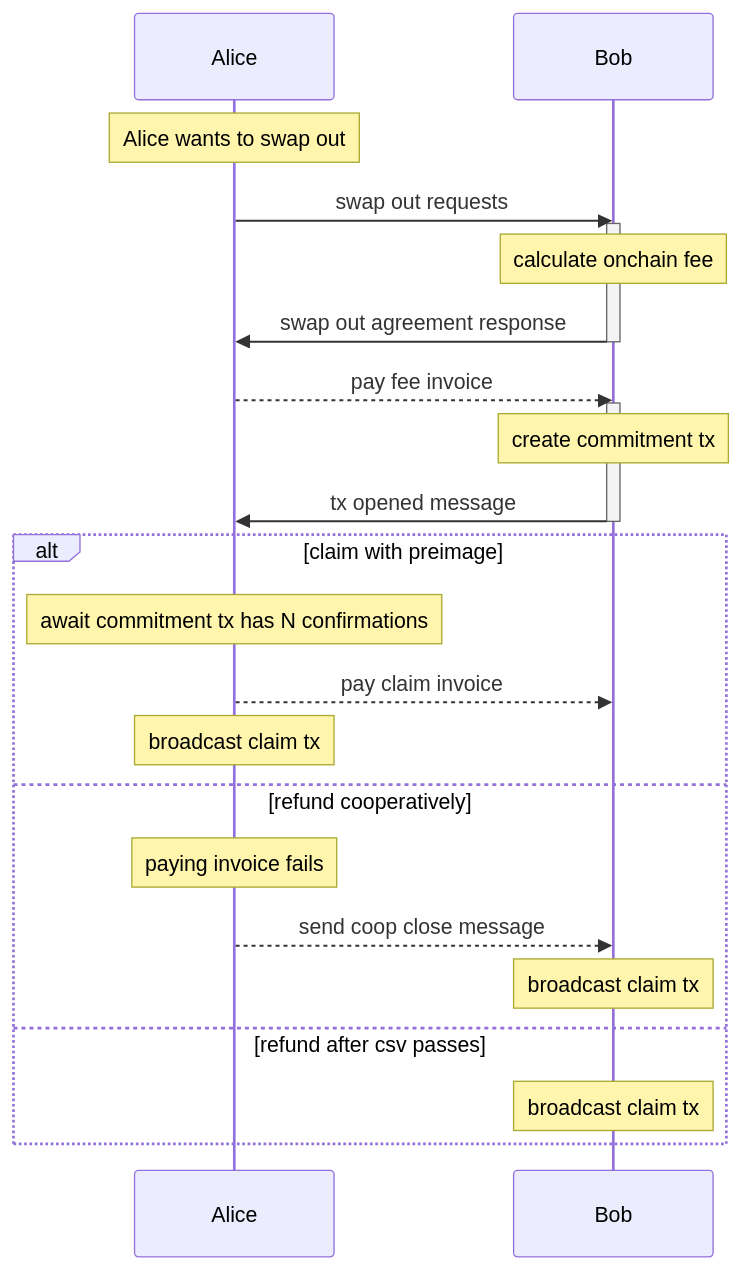
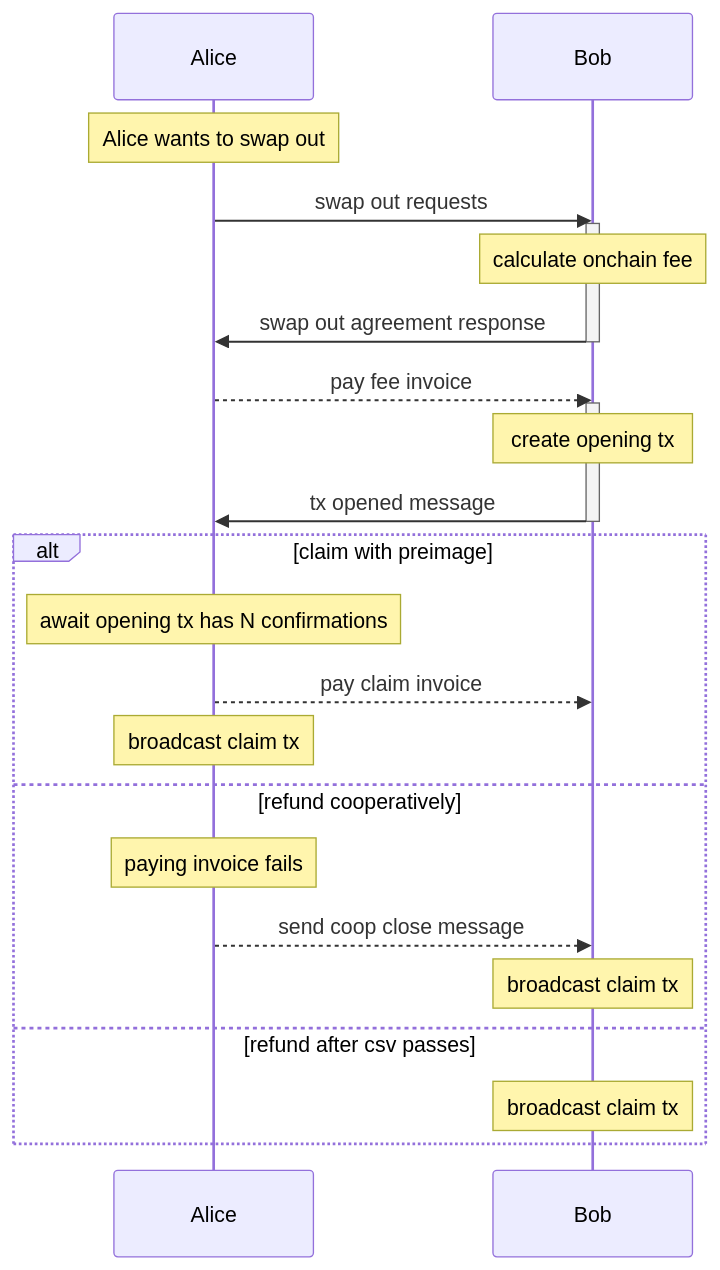
The diagram in docs/mmd/swap-out-sequence.md (ElementsProject/peerswap), drawn with Mermaid before and after one commit. The commit also changed 11 other files, not shown here.

````diff
--- a/docs/mmd/swap-out-sequence.md
+++ b/docs/mmd/swap-out-sequence.md
@@ -1,29 +1,29 @@
 ```mermaid
 sequenceDiagram
 participant A as Alice
 participant B as Bob
 
 Note over A: Alice wants to swap out
 
 A->>B: swap out requests
 activate B
 Note over B: calculate onchain fee
 B->>A: swap out agreement response
 deactivate B
 A-->>B: pay fee invoice
 activate B
-Note over B: create commitment tx
+Note over B: create opening tx
 B->>A: tx opened message
 deactivate B
 alt claim with preimage
-Note over A: await commitment tx has N confirmations
+Note over A: await opening tx has N confirmations
 A-->>B: pay claim invoice
 Note over A: broadcast claim tx
 else refund cooperatively
 Note over A: paying invoice fails
 A-->>B: send coop close message
 Note over B: broadcast claim tx
 else refund after csv passes
 Note over B: broadcast claim tx
 end
 ```
````
